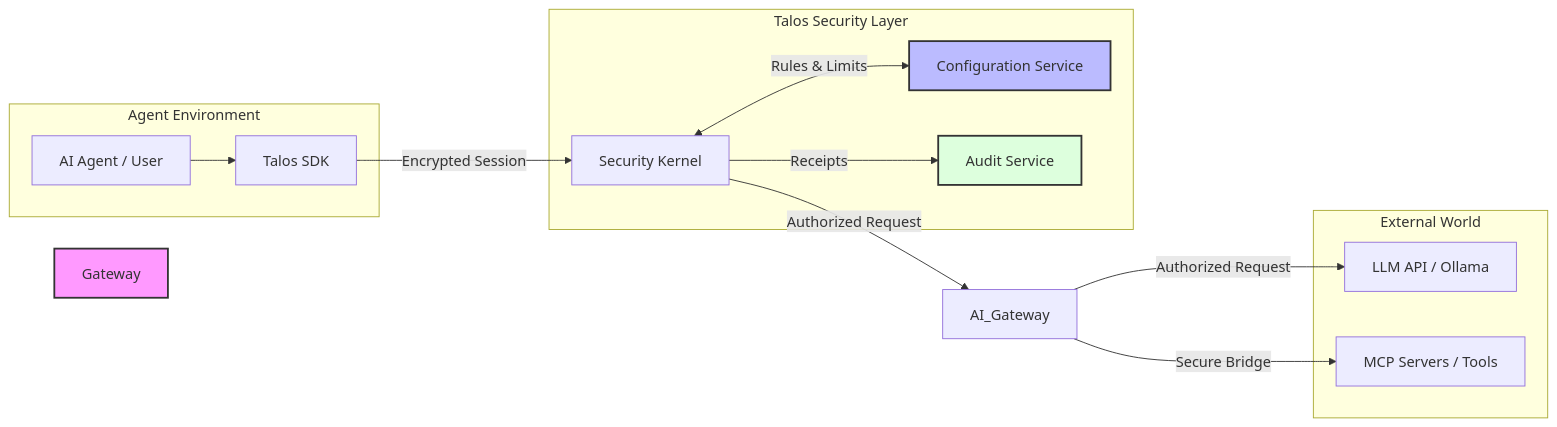
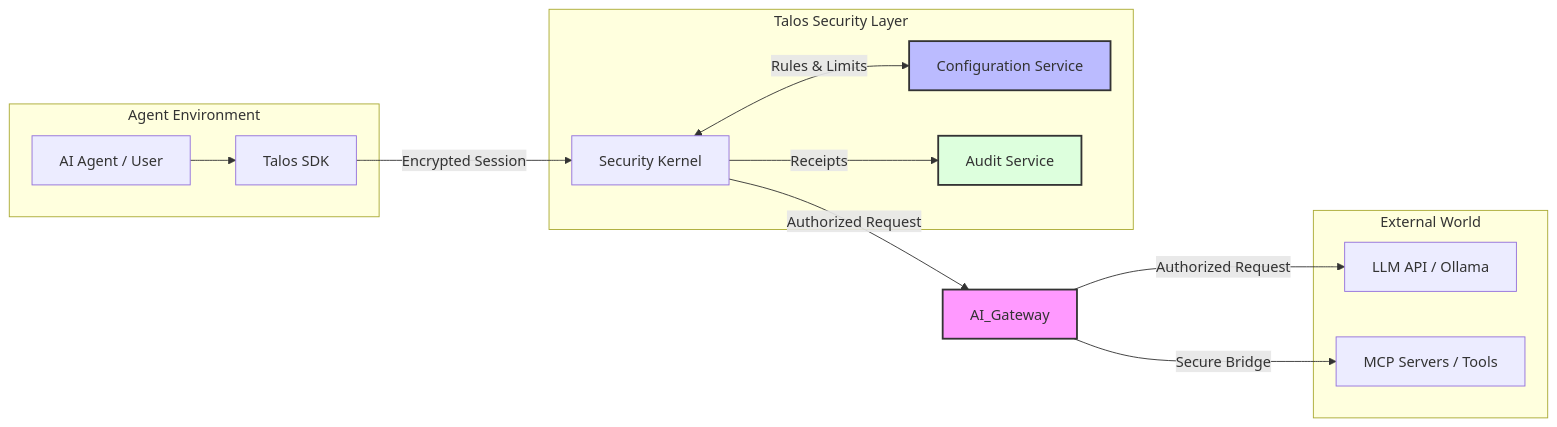
The first of 2 diagrams in architecture/overview.md (talosprotocol/talos-docs), drawn with Mermaid before and after one commit. The commit also changed other lines of this file and 5 other files, not shown here.

````diff
--- a/architecture/overview.md
+++ b/architecture/overview.md
@@ -13,31 +18,31 @@
 ```mermaid
 flowchart LR
     subgraph Client ["Agent Environment"]
         User[AI Agent / User]
         SDK[Talos SDK]
     end
 
     subgraph Core ["Talos Security Layer"]
         SecurityKernel[Security Kernel]
         Config[Configuration Service]
         Audit[Audit Service]
     end
 
     subgraph Tools ["External World"]
         LLM[LLM API / Ollama]
         MCP[MCP Servers / Tools]
     end
 
     User --> SDK
     SDK -->|Encrypted Session| SecurityKernel
     SecurityKernel <-->|Rules & Limits| Config
     SecurityKernel -->|Receipts| Audit
     SecurityKernel -->|Authorized Request| AI_Gateway
     AI_Gateway -->|Authorized Request| LLM
     AI_Gateway -->|Secure Bridge| MCP
 
     %% Styling
-    style Gateway fill:#f9f,stroke:#333,stroke-width:2px
+    style AI_Gateway fill:#f9f,stroke:#333,stroke-width:2px
     style Config fill:#bbf,stroke:#333,stroke-width:2px
     style Audit fill:#dfd,stroke:#333,stroke-width:2px
 ```
````
